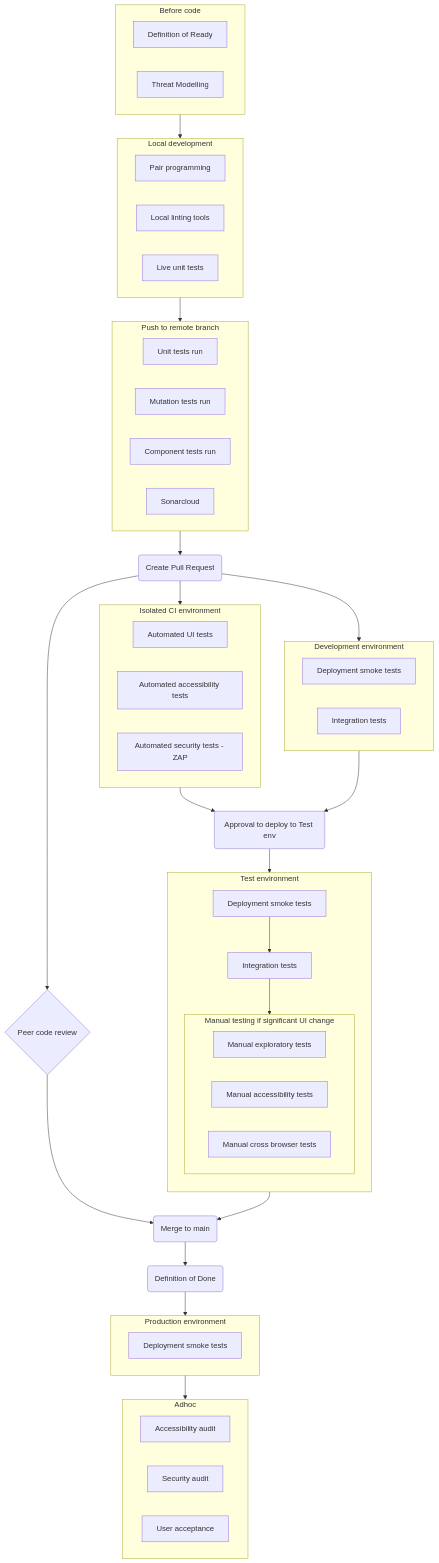
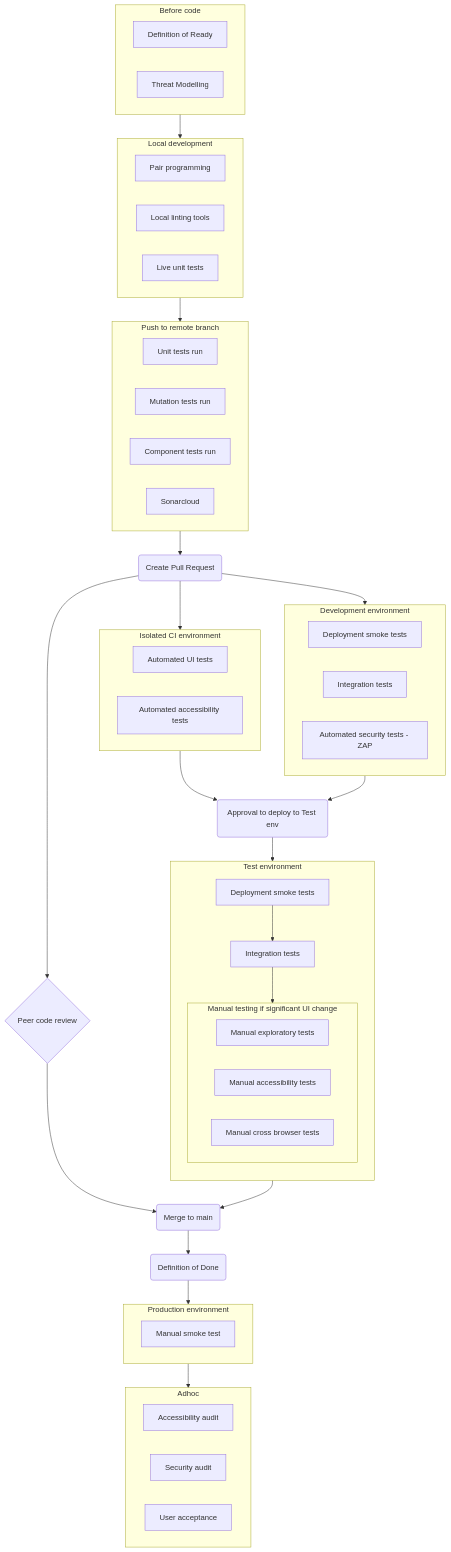
One commit to DFE-Digital/find-information-about-academies-and-trusts changed the diagram in docs/test-approach.md. Above: the diagram before and after it, drawn with Mermaid. The commit also changed other lines of this file, not shown here.

Commit message:
Update test approach to reflect current test strategy

```diff
--- a/docs/test-approach.md
+++ b/docs/test-approach.md
@@ -42,12 +42,12 @@
   subgraph predeploy[Isolated CI environment]
     predeploy1[Automated UI tests]
     predeploy2[Automated accessibility tests]
-    predeploy3[Automated security tests - ZAP]
   end
 
   subgraph dev[Development environment]
     dev1[Deployment smoke tests]
     dev2[Integration tests]
+    dev3[Automated security tests - ZAP]
   end
 
   predeploy-->testenvapproval
@@ -82,7 +82,7 @@
   dod-->prod
 
   subgraph prod[Production environment]
-    prod1[Deployment smoke tests]
+    prod1[Manual smoke test]
   end
 
   prod-->adhoc
```
